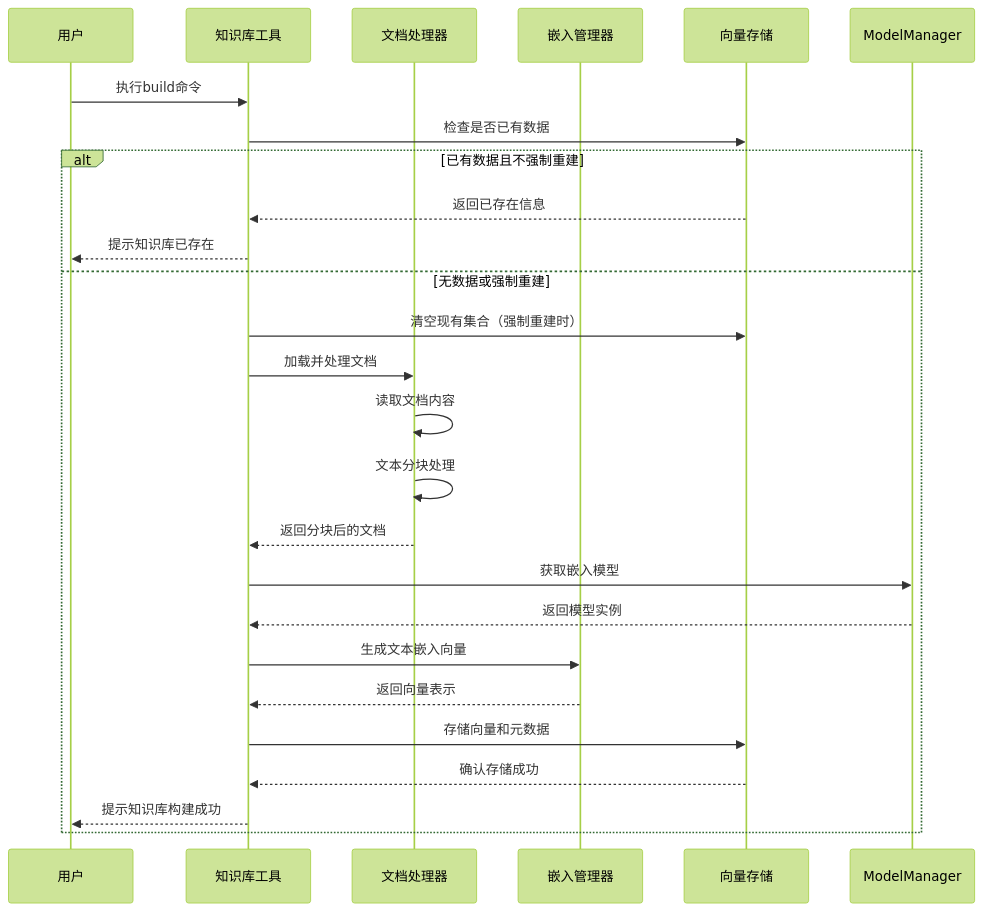
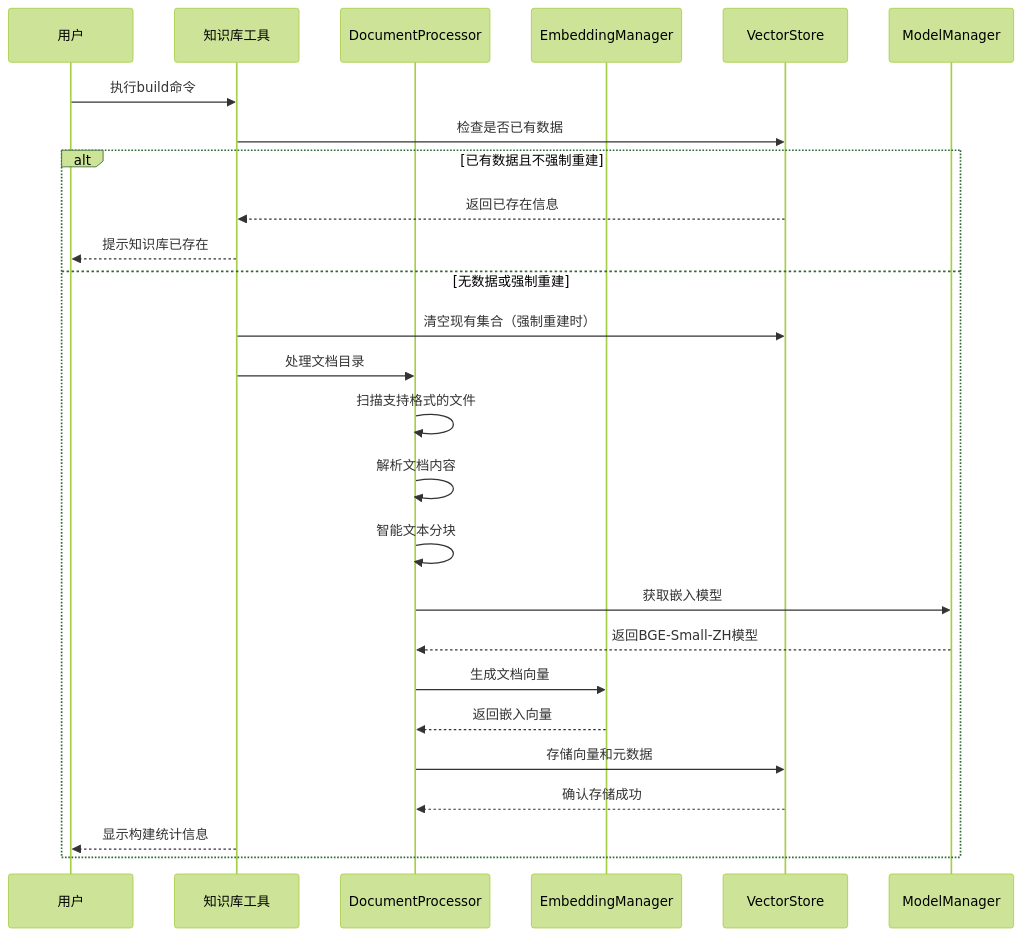
The first of 3 diagrams in docs/zh/知识库系统说明文档.md (eogee/any4any), drawn with Mermaid (forest theme) before and after one commit. The commit also changed other lines of this file and 10 other files, not shown here.

````diff
--- a/docs/zh/知识库系统说明文档.md
+++ b/docs/zh/知识库系统说明文档.md
@@ -35,29 +45,29 @@
 ```mermaid
 sequenceDiagram
     participant User as 用户
     participant Tool as 知识库工具
-    participant DP as 文档处理器
-    participant EM as 嵌入管理器
-    participant VS as 向量存储
+    participant DP as DocumentProcessor
+    participant EM as EmbeddingManager
+    participant VS as VectorStore
     participant MM as ModelManager
 
     User->>Tool: 执行build命令
     Tool->>VS: 检查是否已有数据
     alt 已有数据且不强制重建
         VS-->>Tool: 返回已存在信息
         Tool-->>User: 提示知识库已存在
     else 无数据或强制重建
         Tool->>VS: 清空现有集合（强制重建时）
-        Tool->>DP: 加载并处理文档
-        DP->>DP: 读取文档内容
-        DP->>DP: 文本分块处理
-        DP-->>Tool: 返回分块后的文档
-        Tool->>MM: 获取嵌入模型
-        MM-->>Tool: 返回模型实例
-        Tool->>EM: 生成文本嵌入向量
-        EM-->>Tool: 返回向量表示
-        Tool->>VS: 存储向量和元数据
-        VS-->>Tool: 确认存储成功
-        Tool-->>User: 提示知识库构建成功
+        Tool->>DP: 处理文档目录
+        DP->>DP: 扫描支持格式的文件
+        DP->>DP: 解析文档内容
+        DP->>DP: 智能文本分块
+        DP->>MM: 获取嵌入模型
+        MM-->>DP: 返回BGE-Small-ZH模型
+        DP->>EM: 生成文档向量
+        EM-->>DP: 返回嵌入向量
+        DP->>VS: 存储向量和元数据
+        VS-->>DP: 确认存储成功
+        Tool-->>User: 显示构建统计信息
     end
 ```
````
